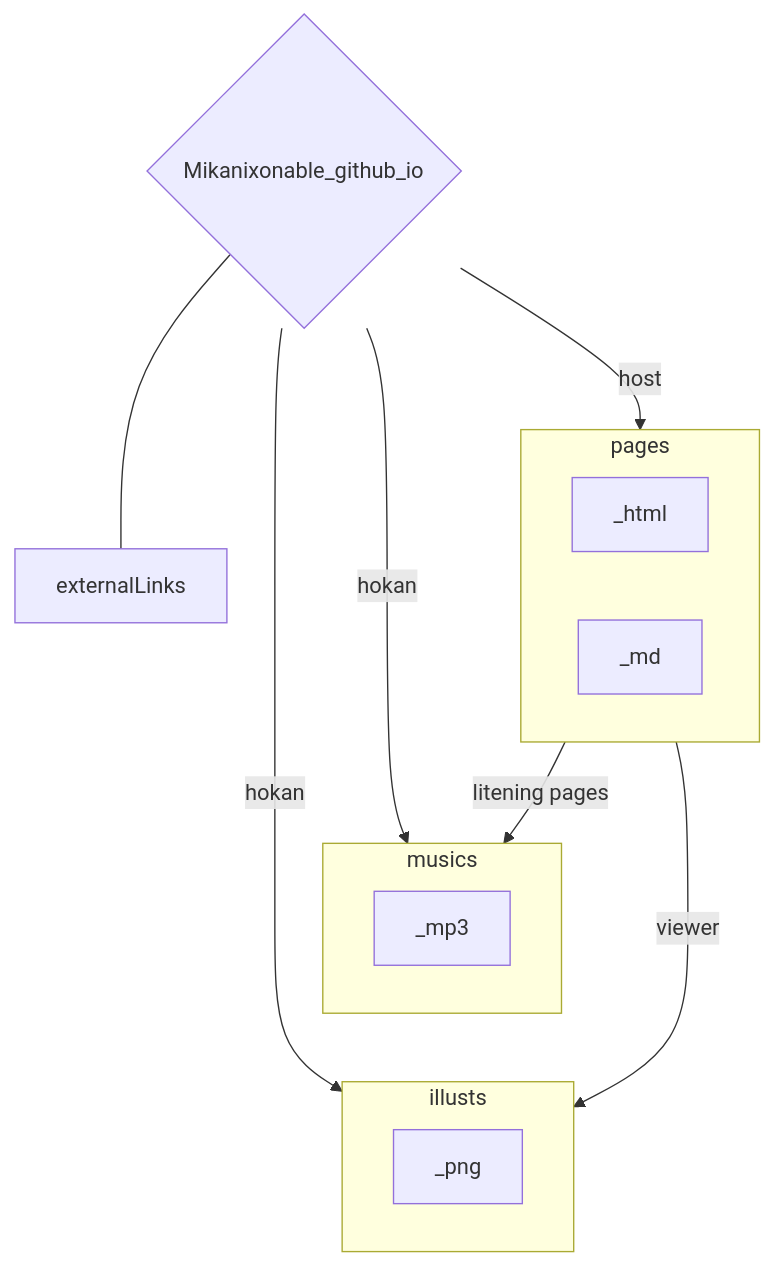
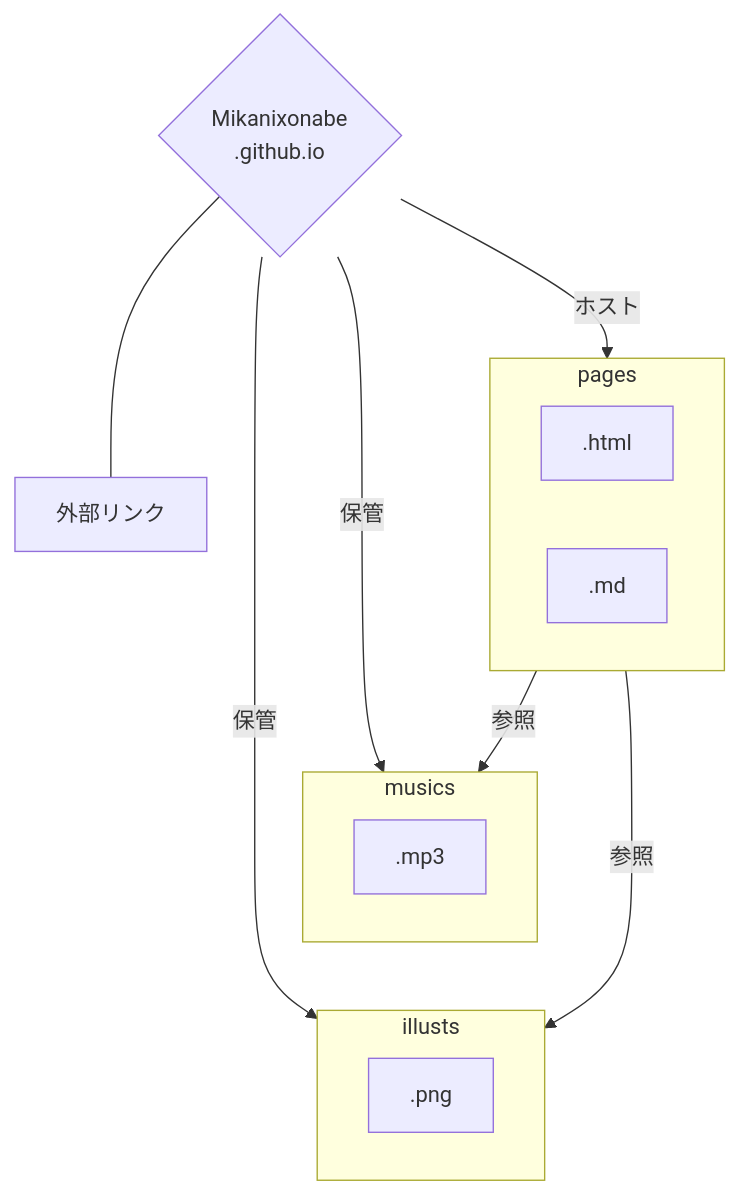
The diagram in 37.md (Mikanixonable/Mikanixonable.github.io), drawn with Mermaid before and after one commit. The commit also changed other lines of this file and 2 other files, not shown here.

Commit message:
ｗ

```diff
--- a/37.md
+++ b/37.md
@@ -26,23 +22,24 @@
 ~~~mermaid
 graph TD;
-A{Mikanixonable_github_io}
-A ---->|hokan| illusts
-A -->|hokan| musics
-A -->|host| pages
-A --- externalLinks
+  A{Mikanixonabe\n.github.io}
+  A ---->|保管| illusts
+  A -->|保管| musics
+  A -->|ホスト| pages
+  A --- 外部リンク
 
-subgraph pages
-_html
-_md
-end
+  subgraph pages
+  .html
+  .md
+  end
 
-subgraph musics
-_mp3
-end
+  subgraph musics
+  .mp3
+  end
 
-subgraph illusts
-_png
-end
-pages -->|litening pages| musics
-pages -->|viewer| illusts
+  subgraph illusts
+  .png
+  end
+
+  pages -->|参照| musics
+  pages -->|参照| illusts
 ~~~
```
